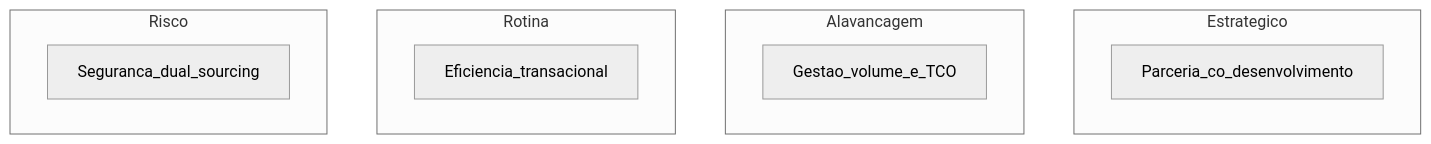
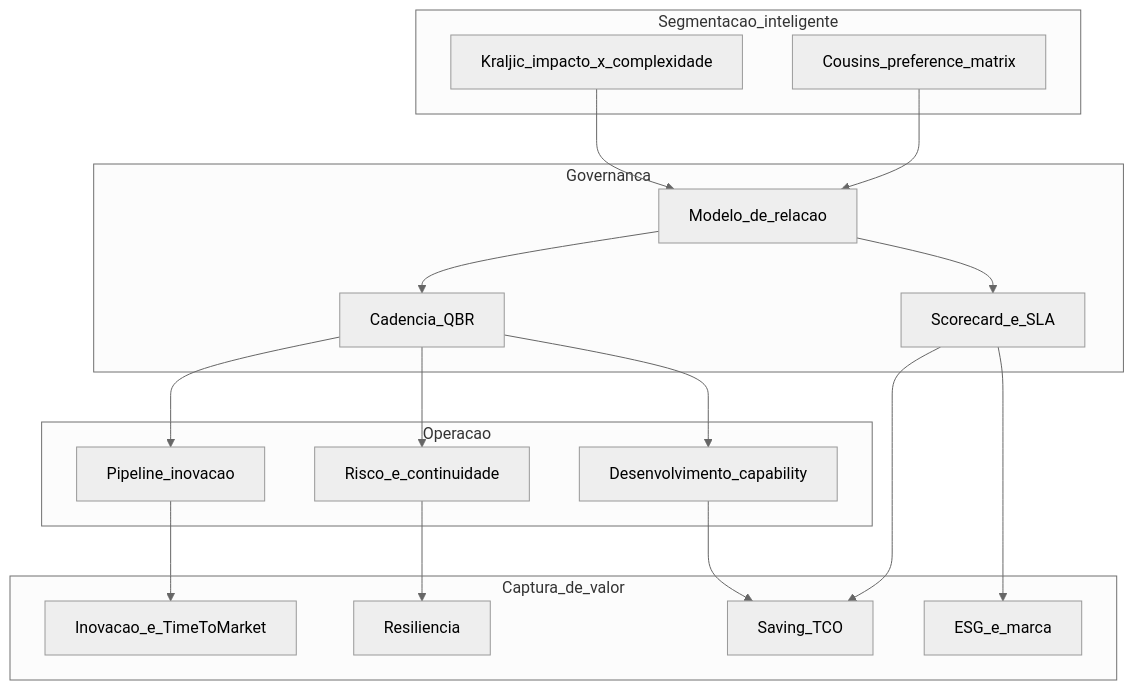
Before and after one commit to cleberhensel/logisticon-academy: the third of 3 diagrams in aulas/trilha-logistica-estrategica/modulo-03-gestao-de-fornecedores-srm/aula-01-segmentacao-fornecedores-modelos-relacionamento.md, drawn with Mermaid (neutral theme). The commit also changed other lines of this file and 122 other files, not shown here.

````diff
--- a/aulas/trilha-logistica-estrategica/modulo-03-gestao-de-fornecedores-srm/aula-01-segmentacao-fornecedores-modelos-relacionamento.md
+++ b/aulas/trilha-logistica-estrategica/modulo-03-gestao-de-fornecedores-srm/aula-01-segmentacao-fornecedores-modelos-relacionamento.md
@@ -41,15 +179,35 @@
 ```mermaid
 flowchart TB
-  subgraph q1 [Estrategico]
-    S1[Parceria_co_desenvolvimento]
+  subgraph segmentacao[Segmentacao_inteligente]
+    K[Kraljic_impacto_x_complexidade]
+    C[Cousins_preference_matrix]
   end
-  subgraph q2 [Alavancagem]
-    S2[Gestao_volume_e_TCO]
+  subgraph governanca[Governanca]
+    M[Modelo_de_relacao]
+    Q[Cadencia_QBR]
+    SC[Scorecard_e_SLA]
   end
-  subgraph q3 [Rotina]
-    S3[Eficiencia_transacional]
+  subgraph operacao[Operacao]
+    P[Pipeline_inovacao]
+    R[Risco_e_continuidade]
+    D[Desenvolvimento_capability]
   end
-  subgraph q4 [Risco]
-    S4[Seguranca_dual_sourcing]
+  subgraph valor[Captura_de_valor]
+    SAVING[Saving_TCO]
+    INNOV[Inovacao_e_TimeToMarket]
+    RESIL[Resiliencia]
+    ESG[ESG_e_marca]
   end
+  K --> M
+  C --> M
+  M --> Q
+  M --> SC
+  Q --> P
+  Q --> R
+  Q --> D
+  P --> INNOV
+  R --> RESIL
+  D --> SAVING
+  SC --> SAVING
+  SC --> ESG
 ```
````
